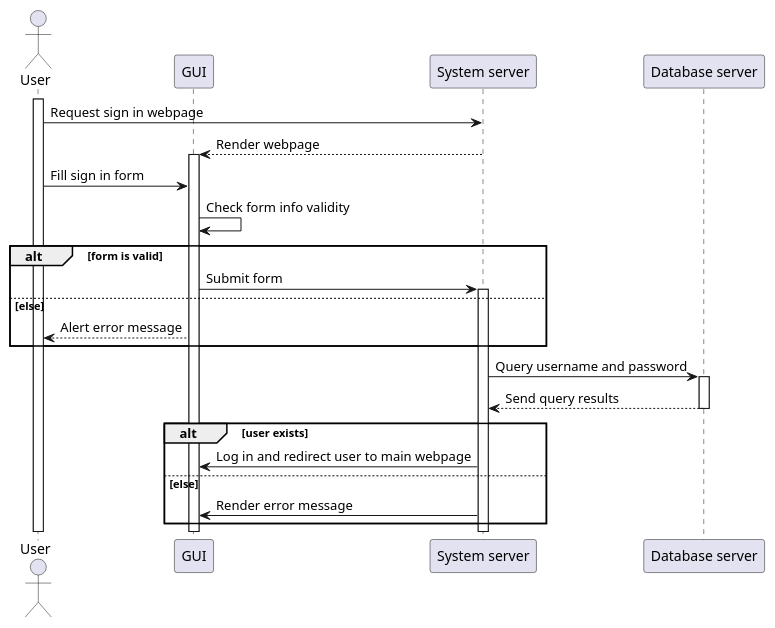
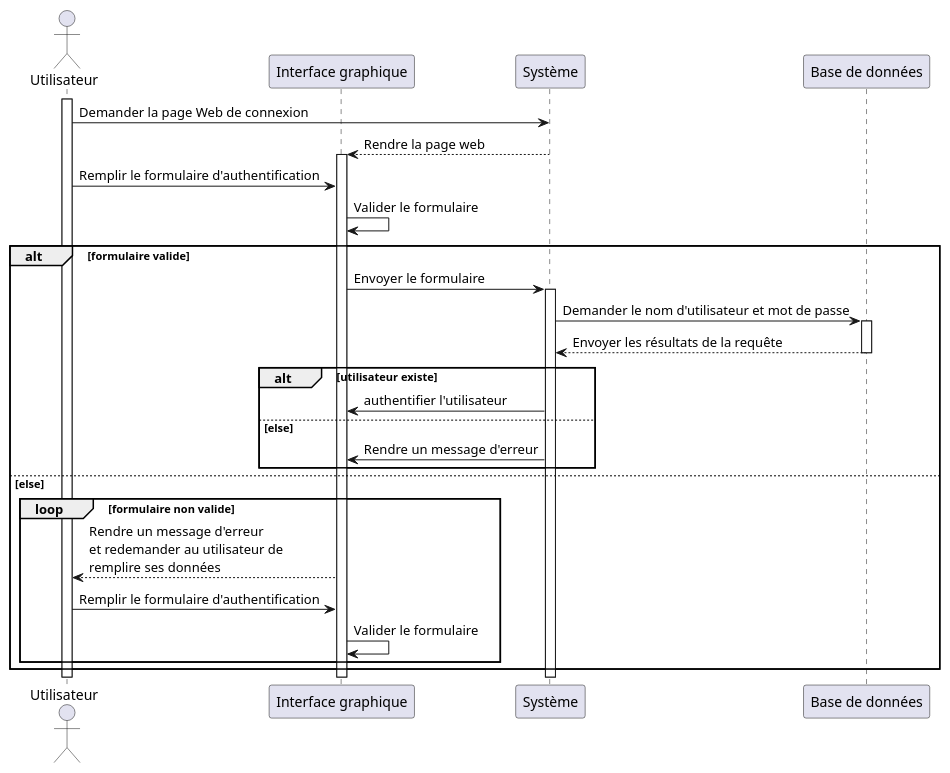
Before and after one commit to techguyseli/touristy: the third of 6 diagrams in rapport/uml/plantuml/sequence.pu, drawn with PlantUML. The commit also changed other lines of this file and 10 other files, not shown here.

Commit message:
fixed all uml

```diff
--- a/rapport/uml/plantuml/sequence.pu
+++ b/rapport/uml/plantuml/sequence.pu
@@ -51,27 +51,31 @@
 @startuml sign_in
-actor User as usr
-participant "GUI" as fr
-participant "System server" as sys
-participant "Database server" as db
+actor Utilisateur as usr
+participant "Interface graphique" as fr
+participant "Système" as sys
+participant "Base de données" as db
 activate usr
-usr -> sys : Request sign in webpage
-sys --> fr : Render webpage
+usr -> sys : Demander la page Web de connexion
+sys --> fr : Rendre la page web
 activate fr
-usr -> fr : Fill sign in form
-fr -> fr : Check form info validity
-alt form is valid
-    fr -> sys : Submit form
+usr -> fr : Remplir le formulaire d'authentification
+fr -> fr : Valider le formulaire
+alt formulaire valide
+    fr -> sys : Envoyer le formulaire
     activate sys
+sys -> db : Demander le nom d'utilisateur et mot de passe
+activate db
+db --> sys : Envoyer les résultats de la requête
+deactivate db
+alt utilisateur existe
+    sys -> fr : authentifier l'utilisateur
 else else
-    fr --> usr : Alert error message
+    sys -> fr : Rendre un message d'erreur         
 end
-sys -> db : Query username and password
-activate db
-db --> sys : Send query results
-deactivate db
-alt user exists
-    sys -> fr : Log in and redirect user to main webpage
 else else
-    sys -> fr : Render error message         
+    loop formulaire non valide
+        fr --> usr : Rendre un message d'erreur\net redemander au utilisateur de\nremplire ses données
+        usr -> fr : Remplir le formulaire d'authentification
+        fr -> fr : Valider le formulaire
+    end
 end
 @enduml
```
